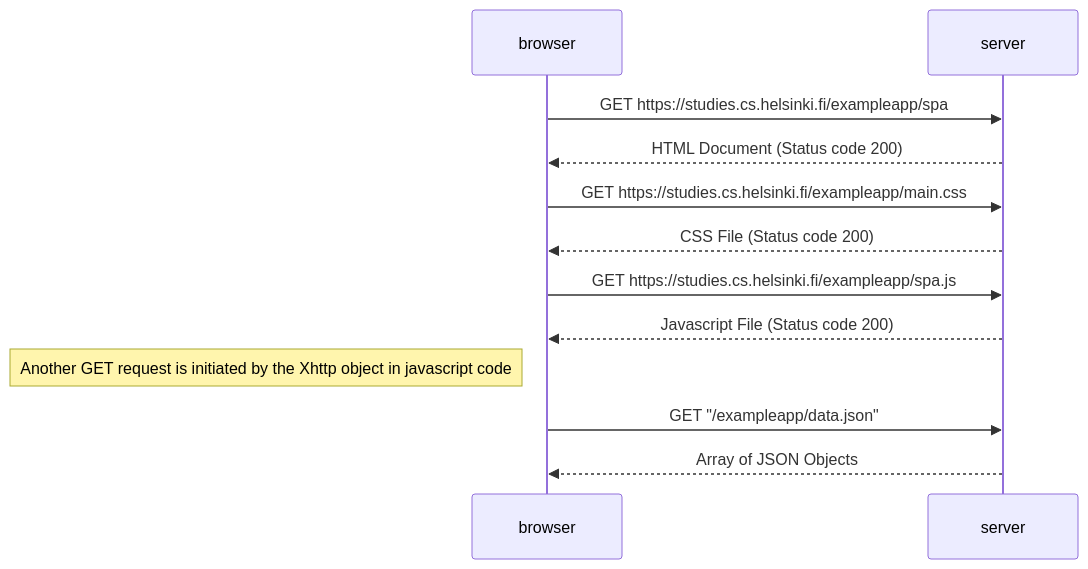
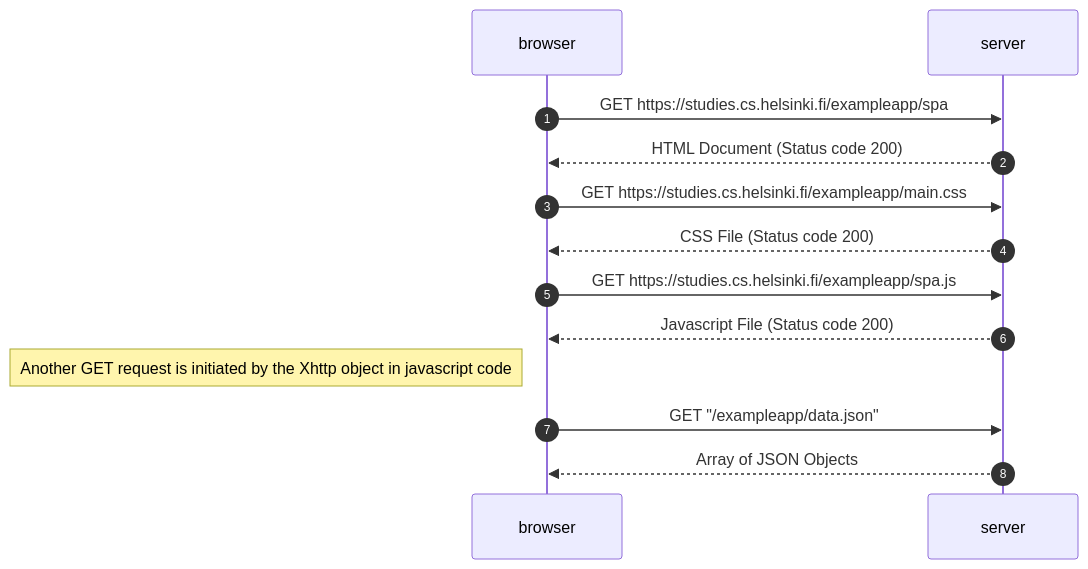
One commit to developer-shirwyn-git/University-full-stack-project changed the diagram in part_0/0_5_single_page_app_diagram.md. Above: the diagram before and after it, drawn with Mermaid.

Commit message:
add auto numbering to diagram 0.5

````diff
--- a/part_0/0_5_single_page_app_diagram.md
+++ b/part_0/0_5_single_page_app_diagram.md
@@ -1,20 +1,21 @@
 ```mermaid
 sequenceDiagram
+  autonumber
   participant browser
   participant server
 
 
   browser->>server: GET https://studies.cs.helsinki.fi/exampleapp/spa
   server-->>browser: HTML Document (Status code 200)
 
   browser->>server: GET https://studies.cs.helsinki.fi/exampleapp/main.css
   server-->>browser: CSS File (Status code 200)
 
   browser->>server: GET https://studies.cs.helsinki.fi/exampleapp/spa.js
   server-->>browser: Javascript File (Status code 200)
 
   Note left of browser: Another GET request is initiated by the Xhttp object in javascript code
 
   browser->>server: GET "/exampleapp/data.json"
   server-->>browser: Array of JSON Objects
 ```
````
